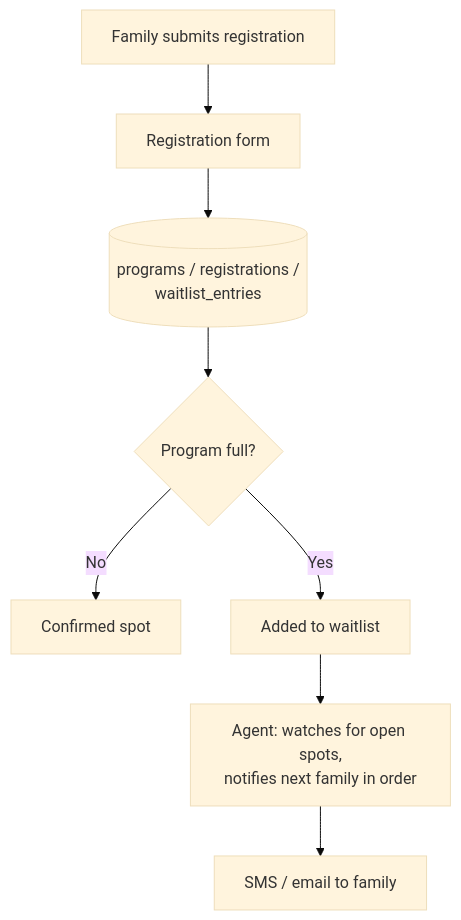
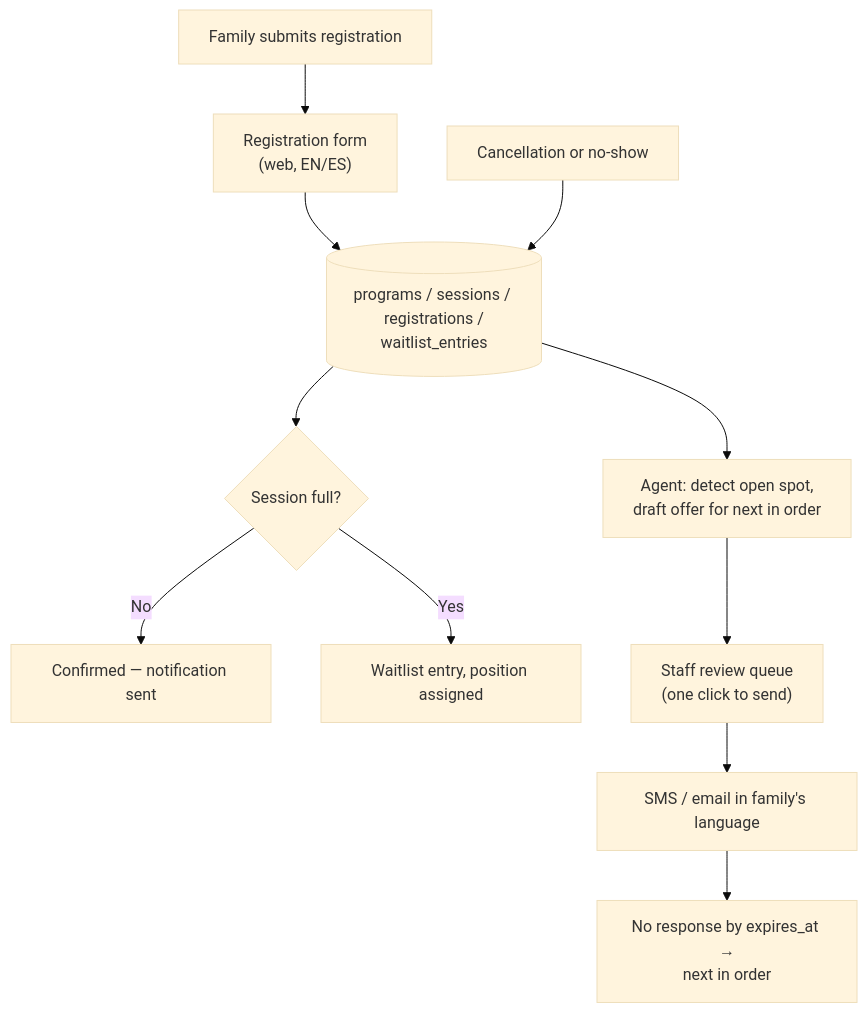
The second of 2 diagrams in apps/marketplace/content/tutorials/civics-and-agentic-ai/04-from-insight-to-system.md (AutoNateAI/roblox-gamelab-2), drawn with Mermaid (base theme) before and after one commit. The commit also changed other lines of this file and 130 other files, not shown here.

````diff
--- a/apps/marketplace/content/tutorials/civics-and-agentic-ai/04-from-insight-to-system.md
+++ b/apps/marketplace/content/tutorials/civics-and-agentic-ai/04-from-insight-to-system.md
@@ -35,10 +61,13 @@
 ```mermaid
 flowchart TD
-  Family["Family submits registration"] --> API["Registration form"]
-  API --> DB[("programs / registrations /<br/>waitlist_entries")]
-  DB --> Full{"Program full?"}
-  Full -- No --> Confirm["Confirmed spot"]
-  Full -- Yes --> Waitlist["Added to waitlist"]
-  Waitlist --> Agent["Agent: watches for open spots,<br/>notifies next family in order"]
-  Agent --> Notify["SMS / email to family"]
+  Family["Family submits registration"] --> Form["Registration form<br/>(web, EN/ES)"]
+  Form --> DB[("programs / sessions / registrations /<br/>waitlist_entries")]
+  DB --> Full{"Session full?"}
+  Full -- No --> Confirm["Confirmed — notification sent"]
+  Full -- Yes --> Wait["Waitlist entry, position assigned"]
+  Cancel["Cancellation or no-show"] --> DB
+  DB --> Agent["Agent: detect open spot,<br/>draft offer for next in order"]
+  Agent --> Staff["Staff review queue<br/>(one click to send)"]
+  Staff --> Notify["SMS / email in family's language"]
+  Notify --> Expire["No response by expires_at →<br/>next in order"]
 ```
````
